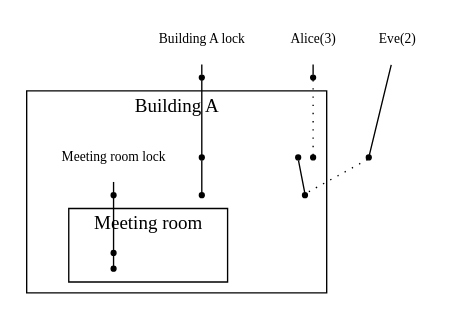
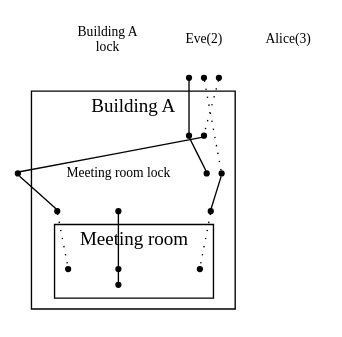
Before and after one commit to mikeylinton/Thion: the diagram in out.dot, drawn with Graphviz. The commit also changed 3 other files, not shown here.

```diff
--- a/out.dot
+++ b/out.dot
@@ -1,28 +1,41 @@
 digraph {
-ranksep=".1"; nodesep=".1"; splines="line"; weight=1000; edge [dir=none fontsize=10 weight=1000]; node [shape=point fontsize=10 weight=1000]
-"Building_A" [shape=none] [label="Building A lock"]
-	Building_A -> "0(Building_A)"
-"Alice" [shape=none] [label="Alice(3)"]
-	Alice -> "0(Alice)"
-{ rank=same; edge[style=invis] "Building_A" -> "Alice" }
-"Eve" [shape=none] [label="Eve(2)"]
-	Eve -> "0(Eve)"
-{ rank=same; edge[style=invis] "Building_A" -> "Eve" }
+ranksep=".1"; nodesep=".1"; splines="line"; edge [dir=none fontsize=10]; node [shape=point fontsize=10]
+"Building_A" [shape=none label="Building A \n lock"]
+"Building_A" -> "0(Building_A)" [style=invis]
+	"Eve" [shape=none label="Eve(2)"]
+	"Eve" -> "0(Building_A_Eve)" [style=invis]
+	{ rank=same; edge[style=invis] "Building_A" -> "Eve" }
+	{ rank=same; edge[style=invis] "0(Building_A)" -> "0(Building_A_Eve)" }
+	"Alice" [shape=none label="Alice(3)"]
+	"Alice" -> "0(Building_A_Alice)" [style=invis]
+	{ rank=same; edge[style=invis] "Eve" -> "Alice" }
+	{ rank=same; edge[style=invis] "0(Building_A)" -> "0(Building_A_Alice)" }
 	"0(Building_A)" -> "1(Building_A)"
-"0(Alice)" -> "1(Alice)" [style=dotted]
-"0(Eve)" -> "2(Eve)" [style=dotted]
+	"0(Building_A_Alice)" -> "1(Building_A_Alice)" [style=dotted]
+	"0(Building_A_Eve)" -> "2(Building_A_Eve)" [style=dotted]
+	"1(Building_A_Alice)" -> "2(Building_A_Alice)"
+	"2(Building_A_Alice)" -> "0(Building_A_Meeting_room_Alice)"
+	"2(Building_A_Eve)" -> "0(Building_A_Meeting_room_Eve)"
 	subgraph cluster_Building_A {
 	label="Building A"
-	"Building_A_Meeting_room" [shape=none] [label="Meeting room lock"]
-		Building_A_Meeting_room -> "0(Building_A_Meeting_room)"
-		"1(Alice)"
+	"Building_A_Meeting_room" [shape=none label="Meeting room lock"]
+	"Building_A_Meeting_room" -> "0(Building_A_Meeting_room)" [style=invis]	
+		"1(Building_A_Alice)"
+		{ rank=same; edge[style=invis] "1(Building_A)" -> "1(Building_A_Alice)" }
+		"2(Building_A_Eve)"
+		{ rank=same; edge[style=invis] "2(Building_A)" -> "2(Building_A_Eve)" }
 		"1(Building_A)" -> "2(Building_A)"
-		"1(Eve)" -> "2(Eve)"
 		"0(Building_A_Meeting_room)" -> "1(Building_A_Meeting_room)"
+		"0(Building_A_Meeting_room_Alice)" -> "1(Building_A_Meeting_room_Alice)" [style=dotted]
+		"0(Building_A_Meeting_room_Eve)" -> "2(Building_A_Meeting_room_Eve)" [style=dotted]
 		subgraph cluster_Building_A_Meeting_room {
 		label="Meeting room"
+			"1(Building_A_Meeting_room_Alice)"
+			"2(Building_A_Meeting_room_Eve)"
 			"1(Building_A_Meeting_room)"
 			"1(Building_A_Meeting_room)" -> "2(Building_A_Meeting_room)"
 		}
+
 	}
+
 }
```
